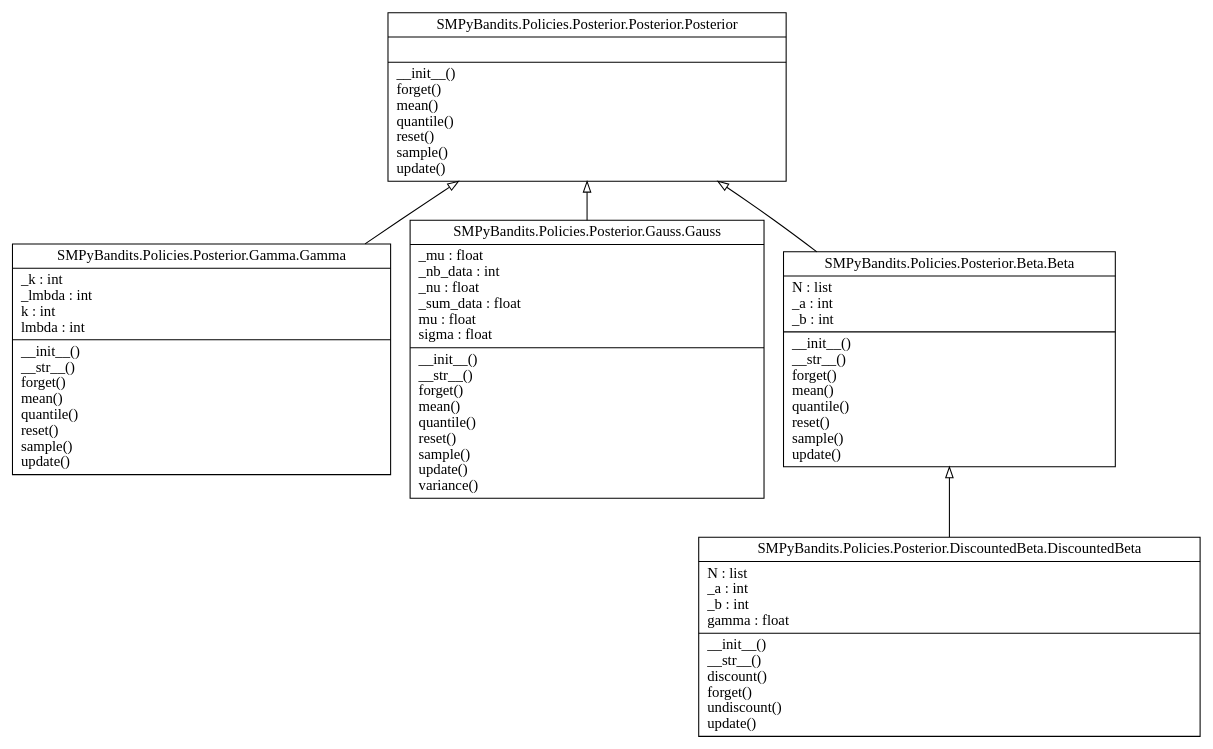
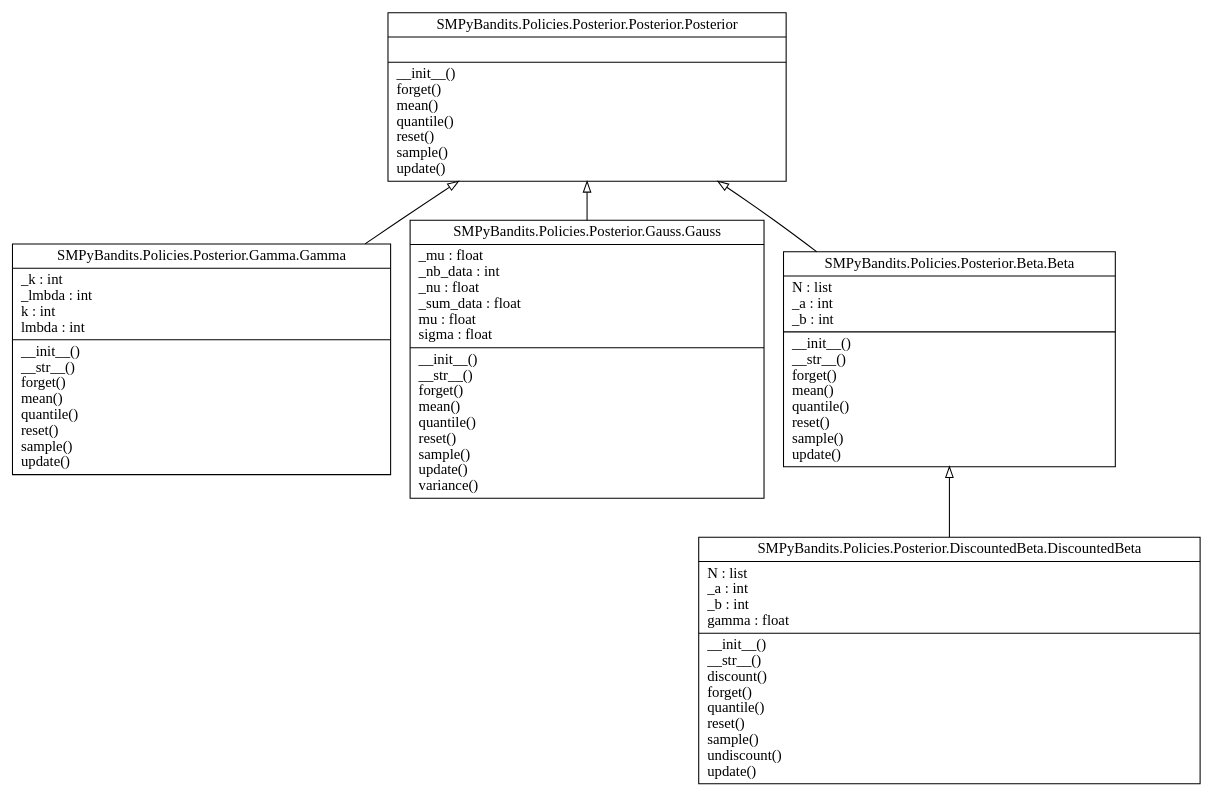
Before and after one commit to SMPyBandits/SMPyBandits: the diagram in uml_diagrams/classes_SMPyBandits.Policies.Posterior.dot, drawn with Graphviz. The commit also changed 22 other files, not shown here.

```diff
--- a/uml_diagrams/classes_SMPyBandits.Policies.Posterior.dot
+++ b/uml_diagrams/classes_SMPyBandits.Policies.Posterior.dot
@@ -1,13 +1,13 @@
 digraph "classes_SMPyBandits.Policies.Posterior" {
 charset="utf-8"
 rankdir=BT
 "0" [label="{SMPyBandits.Policies.Posterior.Beta.Beta|N : list\l_a : int\l_b : int\l|__init__()\l__str__()\lforget()\lmean()\lquantile()\lreset()\lsample()\lupdate()\l}", shape="record"];
-"1" [label="{SMPyBandits.Policies.Posterior.DiscountedBeta.DiscountedBeta|N : list\l_a : int\l_b : int\lgamma : float\l|__init__()\l__str__()\ldiscount()\lforget()\lundiscount()\lupdate()\l}", shape="record"];
+"1" [label="{SMPyBandits.Policies.Posterior.DiscountedBeta.DiscountedBeta|N : list\l_a : int\l_b : int\lgamma : float\l|__init__()\l__str__()\ldiscount()\lforget()\lquantile()\lreset()\lsample()\lundiscount()\lupdate()\l}", shape="record"];
 "2" [label="{SMPyBandits.Policies.Posterior.Gamma.Gamma|_k : int\l_lmbda : int\lk : int\llmbda : int\l|__init__()\l__str__()\lforget()\lmean()\lquantile()\lreset()\lsample()\lupdate()\l}", shape="record"];
 "3" [label="{SMPyBandits.Policies.Posterior.Gauss.Gauss|_mu : float\l_nb_data : int\l_nu : float\l_sum_data : float\lmu : float\lsigma : float\l|__init__()\l__str__()\lforget()\lmean()\lquantile()\lreset()\lsample()\lupdate()\lvariance()\l}", shape="record"];
 "4" [label="{SMPyBandits.Policies.Posterior.Posterior.Posterior|\l|__init__()\lforget()\lmean()\lquantile()\lreset()\lsample()\lupdate()\l}", shape="record"];
 "0" -> "4" [arrowhead="empty", arrowtail="none"];
 "1" -> "0" [arrowhead="empty", arrowtail="none"];
 "2" -> "4" [arrowhead="empty", arrowtail="none"];
 "3" -> "4" [arrowhead="empty", arrowtail="none"];
 }
```
